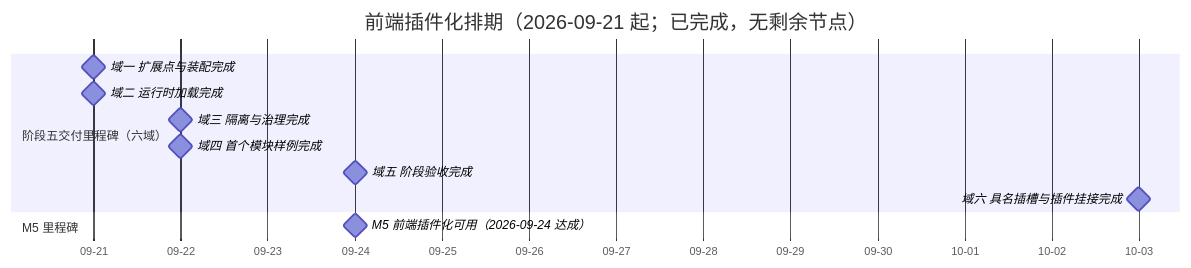
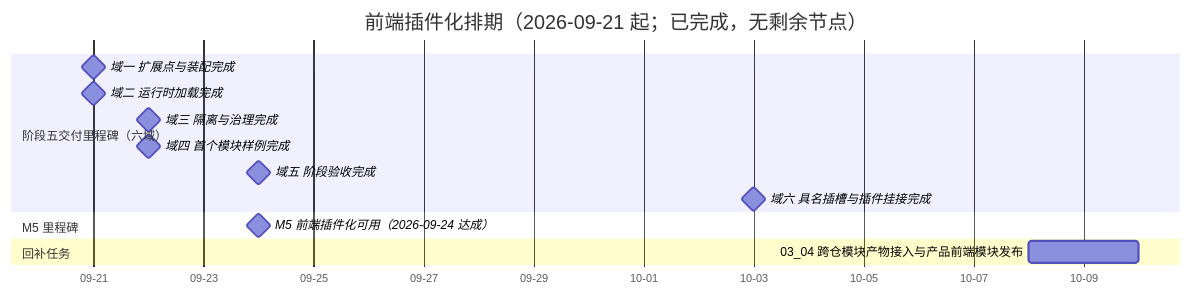
The diagram in bms文档/项目/05_前端插件化/计划/01_计划_前端插件化.md (minjian123/basic-management-system), drawn with Mermaid before and after one commit. The commit also changed other lines of this file and 5 other files, not shown here.

````diff
--- a/bms文档/项目/05_前端插件化/计划/01_计划_前端插件化.md
+++ b/bms文档/项目/05_前端插件化/计划/01_计划_前端插件化.md
@@ -42,15 +43,17 @@
 ```mermaid
 gantt
     title 前端插件化排期（2026-09-21 起；已完成，无剩余节点）
     dateFormat  YYYY-MM-DD
     axisFormat %m-%d
     section 阶段五交付里程碑（六域）
     域一 扩展点与装配完成 :milestone, m01, 2026-09-21, 0d
     域二 运行时加载完成 :milestone, m02, 2026-09-21, 0d
     域三 隔离与治理完成 :milestone, m03, 2026-09-22, 0d
     域四 首个模块样例完成 :milestone, m04, 2026-09-22, 0d
     域五 阶段验收完成 :milestone, m05, 2026-09-24, 0d
     域六 具名插槽与插件挂接完成 :milestone, m06, 2026-10-03, 0d
     section M5 里程碑
     M5 前端插件化可用（2026-09-24 达成） :milestone, mm5, 2026-09-24, 0d
+    section 回补任务
+    03_04 跨仓模块产物接入与产品前端模块发布 :m0304, 2026-10-08, 2d
 ```
````
